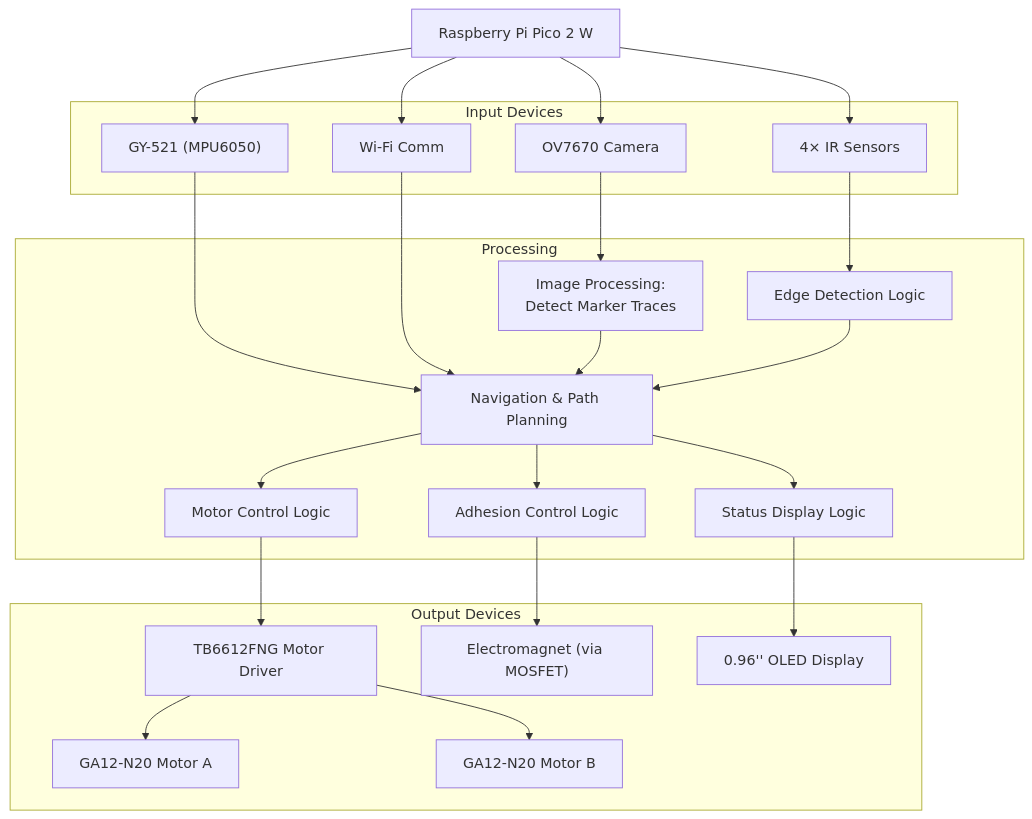
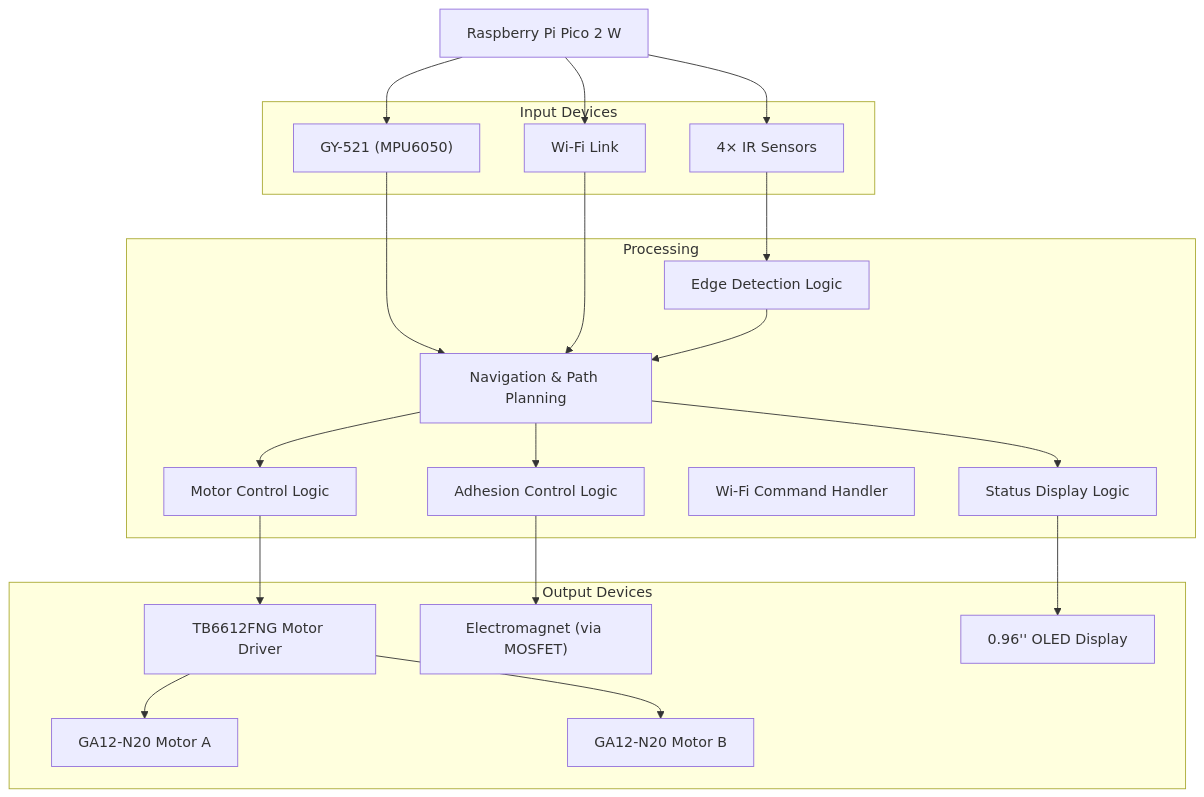
Before and after one commit to UPB-PMRust/website: the diagram in website/versioned_docs/version-acs_cc/project/2025/daniel.ion2602/index.md, drawn with Mermaid. The commit also changed other lines of this file, not shown here.

````diff
--- a/website/versioned_docs/version-acs_cc/project/2025/daniel.ion2602/index.md
+++ b/website/versioned_docs/version-acs_cc/project/2025/daniel.ion2602/index.md
@@ -30,53 +27,49 @@
 ```mermaid
 flowchart TD
 
     PICO["Raspberry Pi Pico 2 W"]
 
     subgraph Input Devices
-        CAM["OV7670 Camera"]
         IR["4× IR Sensors"]
         IMU["GY-521 (MPU6050)"]
-        WIFI["Wi-Fi Comm"]
+        WIFI["Wi-Fi Link"]
     end
 
     subgraph Processing
-        VISION["Image Processing:<br>Detect Marker Traces"]
         EDGE["Edge Detection Logic"]
         NAV["Navigation & Path Planning"]
         CTRL["Motor Control Logic"]
         ADHESION["Adhesion Control Logic"]
+        COMM["Wi‑Fi Command Handler"]
         STATUS["Status Display Logic"]
     end
 
     subgraph Output Devices
         MOTOR["TB6612FNG Motor Driver"]
         M1["GA12-N20 Motor A"]
         M2["GA12-N20 Motor B"]
         MAGNET["Electromagnet (via MOSFET)"]
         OLED["0.96'' OLED Display"]
     end
 
-    PICO --> CAM
     PICO --> IR
     PICO --> IMU
     PICO --> WIFI
 
-    CAM --> VISION
     IR --> EDGE
     IMU --> NAV
     WIFI --> NAV
 
-    VISION --> NAV
     EDGE --> NAV
 
     NAV --> CTRL
     CTRL --> MOTOR
     MOTOR --> M1
     MOTOR --> M2
 
     NAV --> ADHESION
     ADHESION --> MAGNET
 
     NAV --> STATUS
     STATUS --> OLED
 ```
````
